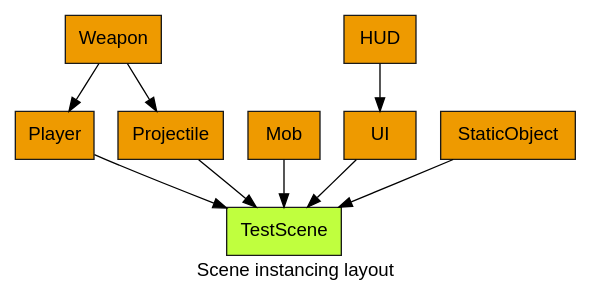
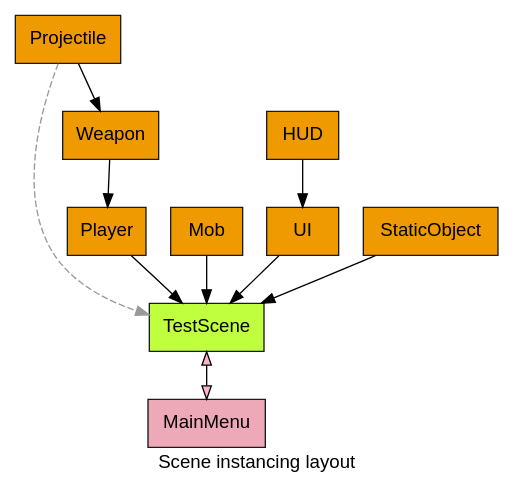
The diagram in scene_layout.dot (NiclasEriksen/godot_rpg), drawn with Graphviz before and after one commit. The commit also changed 1 other file, not shown here.

Commit message:
Updated graph.

```diff
--- a/scene_layout.dot
+++ b/scene_layout.dot
@@ -1,17 +1,20 @@
 digraph {
     graph [fontname="helvetica", fillcolor="orange2"]
     node [
         shape="box",
         fontname="helvetica",
         style=filled,
         fillcolor="orange2", color="grey10"
     ]
     label="Scene instancing layout"
     root[label="TestScene", fillcolor="olivedrab1"]
+    MainMenu[fillcolor="pink2"]
     Player -> root
     Mob -> root
 	Weapon -> Player
     HUD -> UI -> root
     StaticObject -> root
-    Weapon -> Projectile -> root
+    Projectile -> Weapon
+    Projectile -> root [color="grey60", style=dashed]
+    root -> MainMenu [dir=both, fillcolor="pink1"]
 }
```
